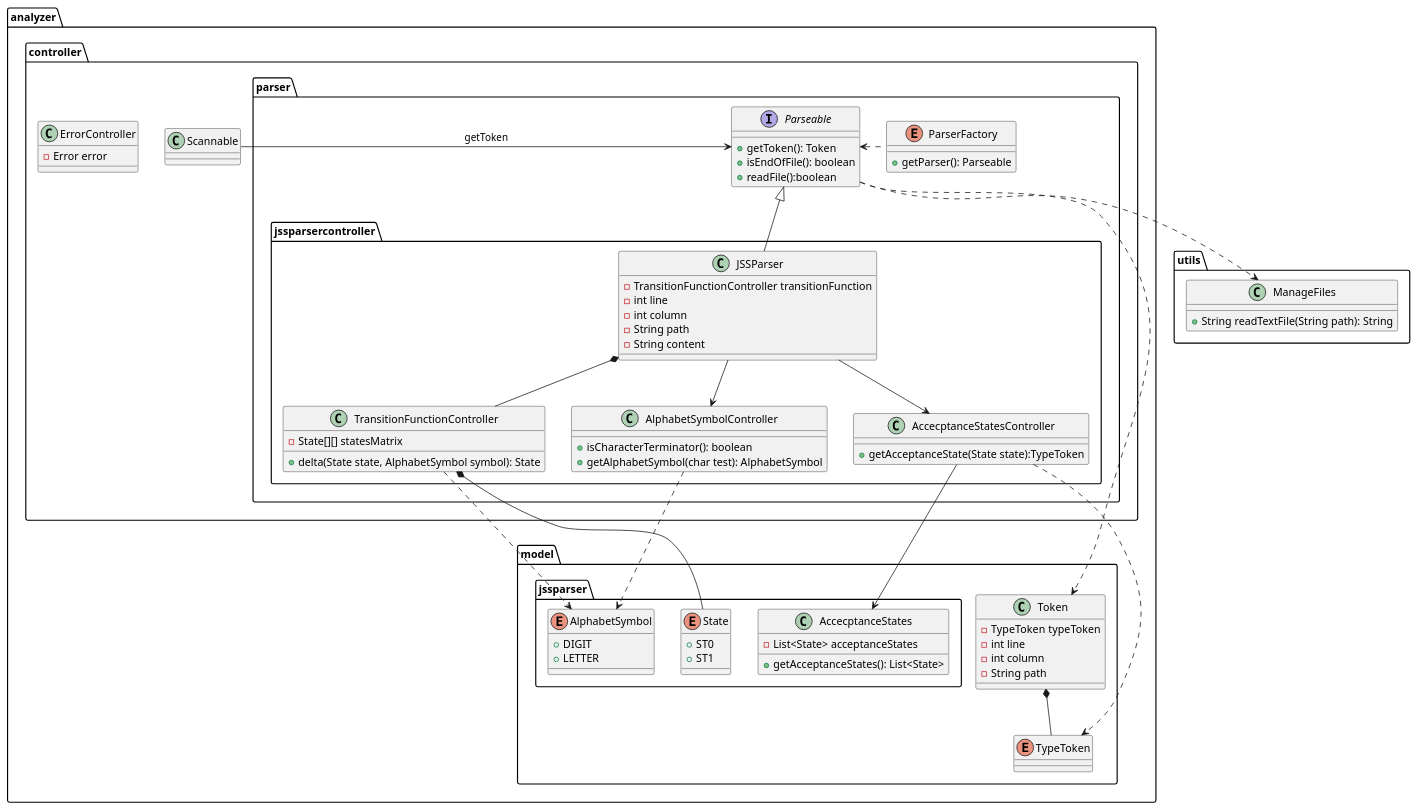
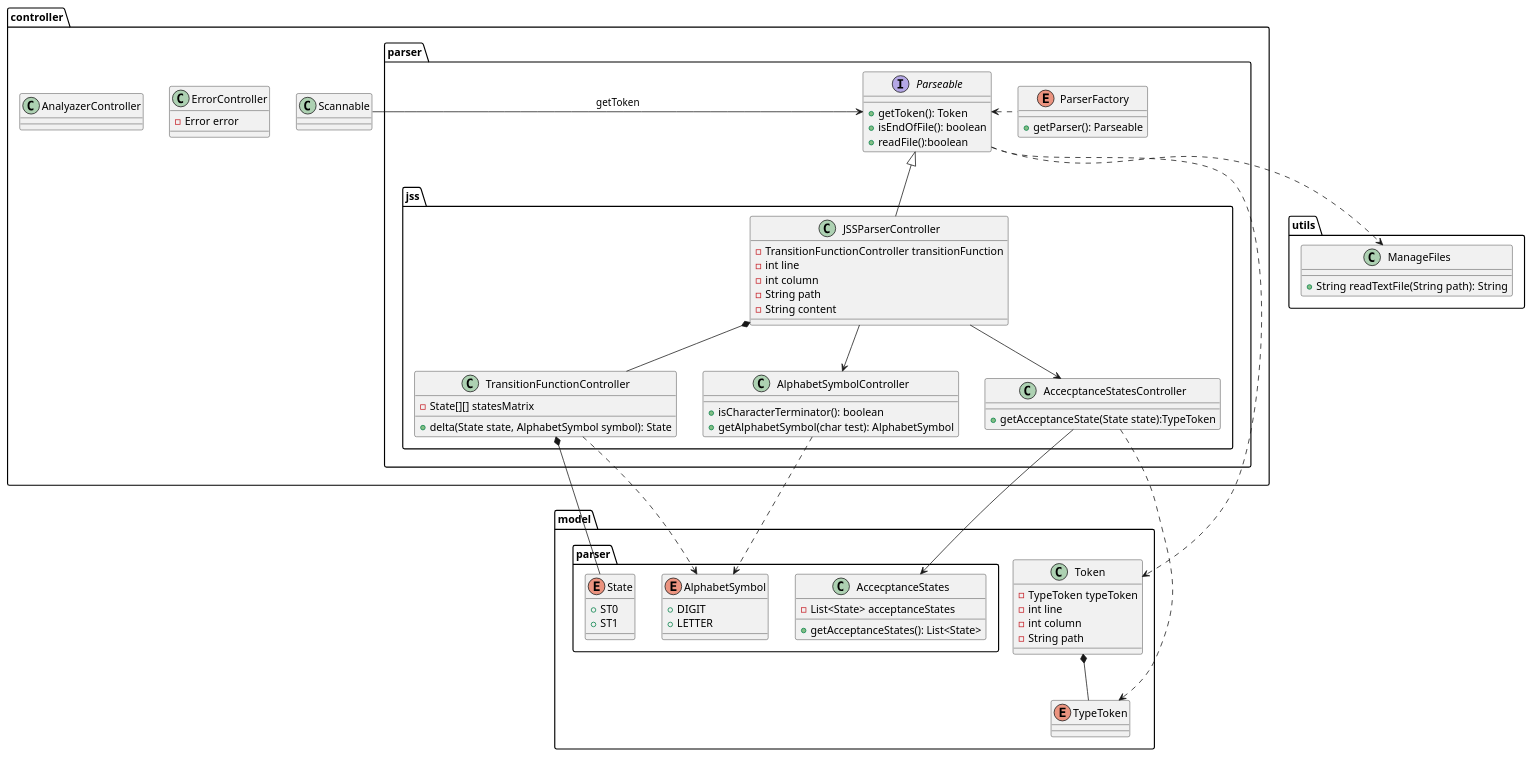
One commit to moroquin/parser-scanner-analyzer changed the diagram in docs/ParserClassDiagram.wsd. Above: the diagram before and after it, drawn with PlantUML. The commit also changed 19 other files, not shown here.

Commit message:
finishing parser tests, just ErrorController Tests are missing¨

```diff
--- a/docs/ParserClassDiagram.wsd
+++ b/docs/ParserClassDiagram.wsd
@@ -1,134 +1,111 @@
 @startuml parserclassdiagram
 
 
 
-package analyzer{
+package model{
+    class Token{
+        -TypeToken typeToken
+        -int line
+        -int column
+        -String path
+    }
 
-    package controller{
+    enum TypeToken{
 
-    
-        class ErrorController{
-            -Error error
+    }
 
-        } 
+    package model.parser{
+        enum State{
+            +ST0
+            +ST1
+        }
 
+        class AccecptanceStates{
+            -List<State> acceptanceStates
+            +getAcceptanceStates(): List<State>
+        }
 
-    
-        package parser{
+        enum AlphabetSymbol{
+            +DIGIT
+            +LETTER
+        }
+    }
 
-            enum ParserFactory{
-                +getParser(): Parseable
+    Token *-- TypeToken
+}
+
+package utils{
+    class ManageFiles{
+        +String readTextFile(String path): String
+    }
+}
+
+package controller{
+    class ErrorController{
+        -Error error
+
+    }
+
+    class AnalyazerController{
+    }
+
+    package parser{
+
+        enum ParserFactory{
+            +getParser(): Parseable
+        }
+
+        interface Parseable{
+            +getToken(): Token
+            +isEndOfFile(): boolean
+            +readFile():boolean
+        }
+
+        package jss{
+            class JSSParserController{
+                -TransitionFunctionController transitionFunction
+                -int line
+                -int column
+                -String path
+                -String content
             }
 
-            interface Parseable{
-                +getToken(): Token
-                +isEndOfFile(): boolean
-                +readFile():boolean
+            class AccecptanceStatesController{
+                +getAcceptanceState(State state):TypeToken
             }
 
-            package jssparsercontroller{
-                class JSSParser{
-                    -TransitionFunctionController transitionFunction
-                    -int line
-                    -int column
-                    -String path
-                    -String content
-                }
-
-                class AccecptanceStatesController{
-                    +getAcceptanceState(State state):TypeToken
-                }
-
-                class TransitionFunctionController{
-                    -State[][] statesMatrix
-                    +delta(State state, AlphabetSymbol symbol): State
-                }
-
-                class AlphabetSymbolController{
-                    +isCharacterTerminator(): boolean
-                    +getAlphabetSymbol(char test): AlphabetSymbol
-                }
-
-                JSSParser *-- TransitionFunctionController
-                JSSParser --> AccecptanceStatesController
-                JSSParser --> AlphabetSymbolController
-
+            class TransitionFunctionController{
+                -State[][] statesMatrix
+                +delta(State state, AlphabetSymbol symbol): State
             }
 
-            
-            ParserFactory .left.> Parseable
+            class AlphabetSymbolController{
+                +isCharacterTerminator(): boolean
+                +getAlphabetSymbol(char test): AlphabetSymbol
+            }
 
-            JSSParser -up-|> Parseable
-            
+            JSSParserController *-- TransitionFunctionController
+            JSSParserController --> AccecptanceStatesController
+            JSSParserController --> AlphabetSymbolController
+        }
 
-        }
+        ParserFactory .left.> Parseable
+        JSSParserController -up-|> Parseable
+    }
+
+    Scannable -right-> Parseable: getToken
+}
 
 
 
-        
-
-        
-        Scannable -right-> Parseable: getToken
-
-    }
-
-
-    package model{
-
-
-        class Token{
-            -TypeToken typeToken
-            -int line
-            -int column 
-            -String path
-        }
-
-        enum TypeToken{
-
-        }
-
-        package jssparser{
-            enum State{
-                +ST0
-                +ST1
-            }
-
-            class AccecptanceStates{
-                -List<State> acceptanceStates
-                +getAcceptanceStates(): List<State>
-            }
-
-            
-
-            enum AlphabetSymbol{
-                +DIGIT
-                +LETTER
-            }
-        }
-
-        Token *-- TypeToken
-
-    }
-
-    
-
-    
-
-    Parseable ..> Token
-    AccecptanceStatesController --> AccecptanceStates
-    AccecptanceStatesController ..> TypeToken
-    TransitionFunctionController *-- State
-    TransitionFunctionController ..> AlphabetSymbol
-    AlphabetSymbolController ..> AlphabetSymbol
-}
-
-package utils{
-        class ManageFiles{
-            +String readTextFile(String path): String
-        }
-    }
 
 
 Parseable ..> ManageFiles
+Parseable ..> Token
+AccecptanceStatesController --> AccecptanceStates
+AccecptanceStatesController ..> TypeToken
+TransitionFunctionController *-- State
+TransitionFunctionController ..> AlphabetSymbol
+AlphabetSymbolController ..> AlphabetSymbol
 
 @enduml
```
